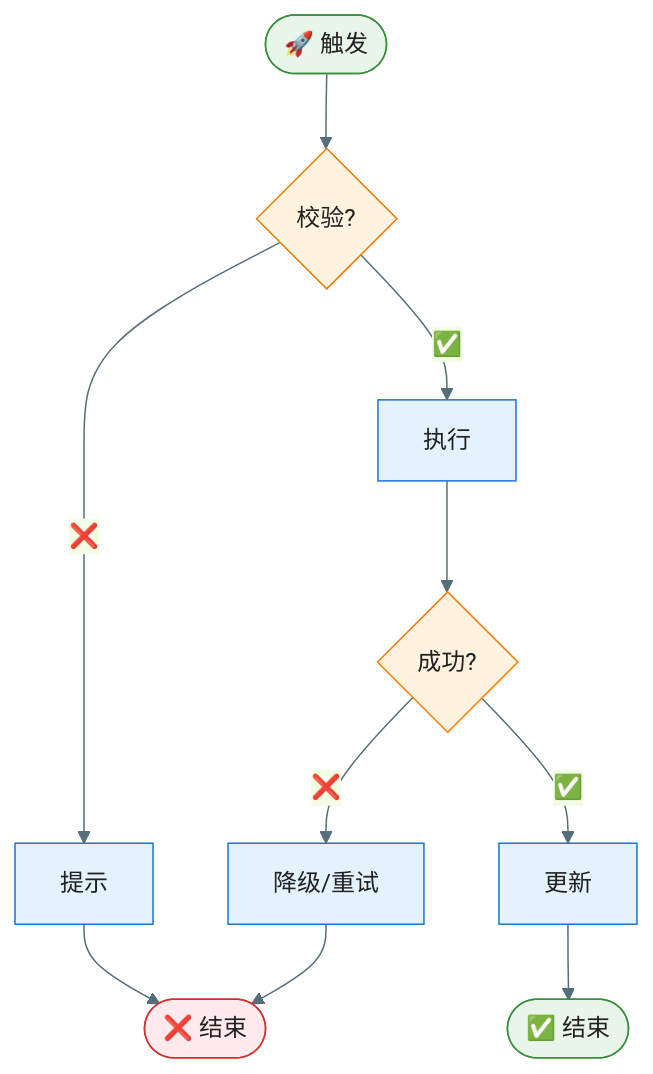
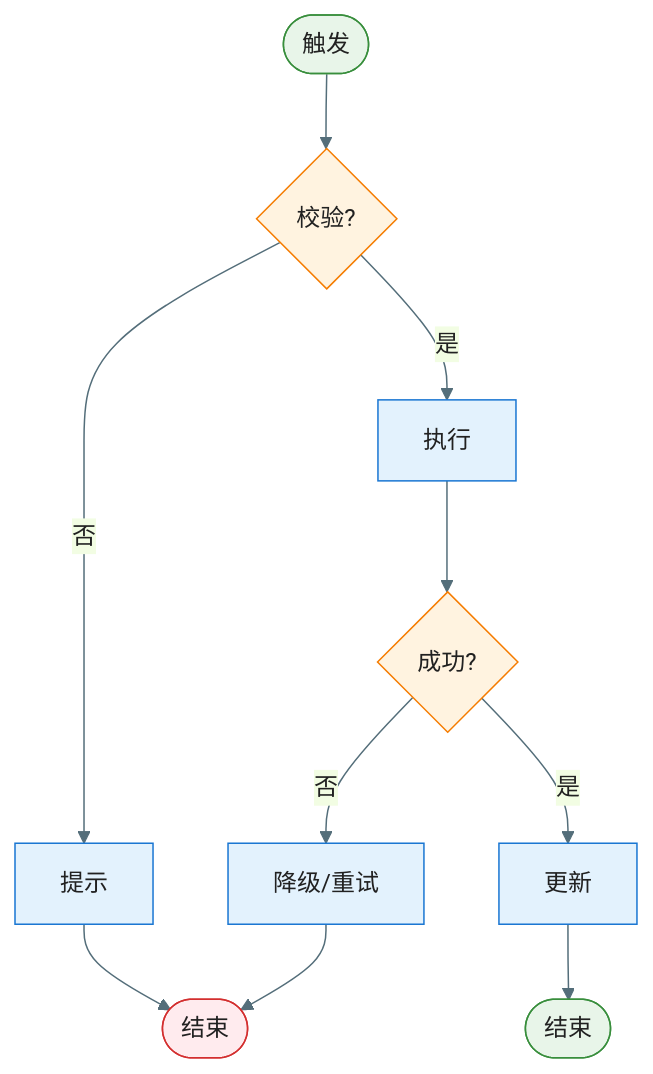
Before and after one commit to jackykarma/Verity: the sixth of 11 diagrams in .specify/templates/plan-template.md, drawn with Mermaid. The commit also changed other lines of this file and 1 other file, not shown here.

Commit message:
移除mermaid使用emoji

````diff
--- a/.specify/templates/plan-template.md
+++ b/.specify/templates/plan-template.md
@@ -419,19 +419,19 @@
 ```mermaid
 %%{init: {'theme': 'base', 'themeVariables': { 'primaryColor': '#E3F2FD', 'primaryTextColor': '#212121', 'primaryBorderColor': '#1976D2', 'lineColor': '#546E7A'}}}%%
 flowchart TD
-    Start([🚀 触发]) --> Check{校验?}
-    Check -->|❌| Fail[提示]
-    Fail --> EndFail([❌ 结束])
-    Check -->|✅| Execute[执行]
+    Start([触发]) --> Check{校验?}
+    Check -->|否| Fail[提示]
+    Fail --> EndFail([结束])
+    Check -->|是| Execute[执行]
     Execute --> Result{成功?}
-    Result -->|✅| Update[更新]
-    Update --> EndOK([✅ 结束])
-    Result -->|❌| Handle[降级/重试]
+    Result -->|是| Update[更新]
+    Update --> EndOK([结束])
+    Result -->|否| Handle[降级/重试]
     Handle --> EndFail
 
     style Start fill:#E8F5E9,stroke:#388E3C
     style EndOK fill:#E8F5E9,stroke:#388E3C
     style EndFail fill:#FFEBEE,stroke:#D32F2F
     style Check fill:#FFF3E0,stroke:#F57C00
     style Result fill:#FFF3E0,stroke:#F57C00
 ```
````
